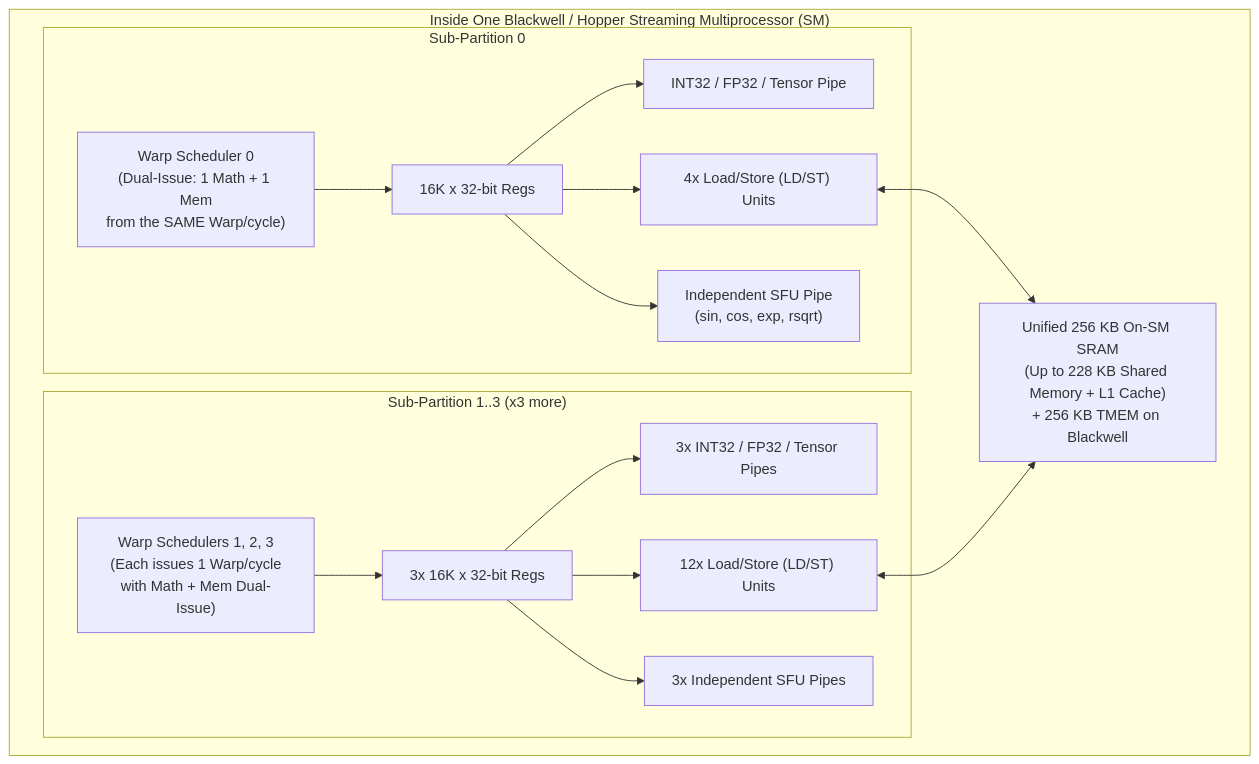
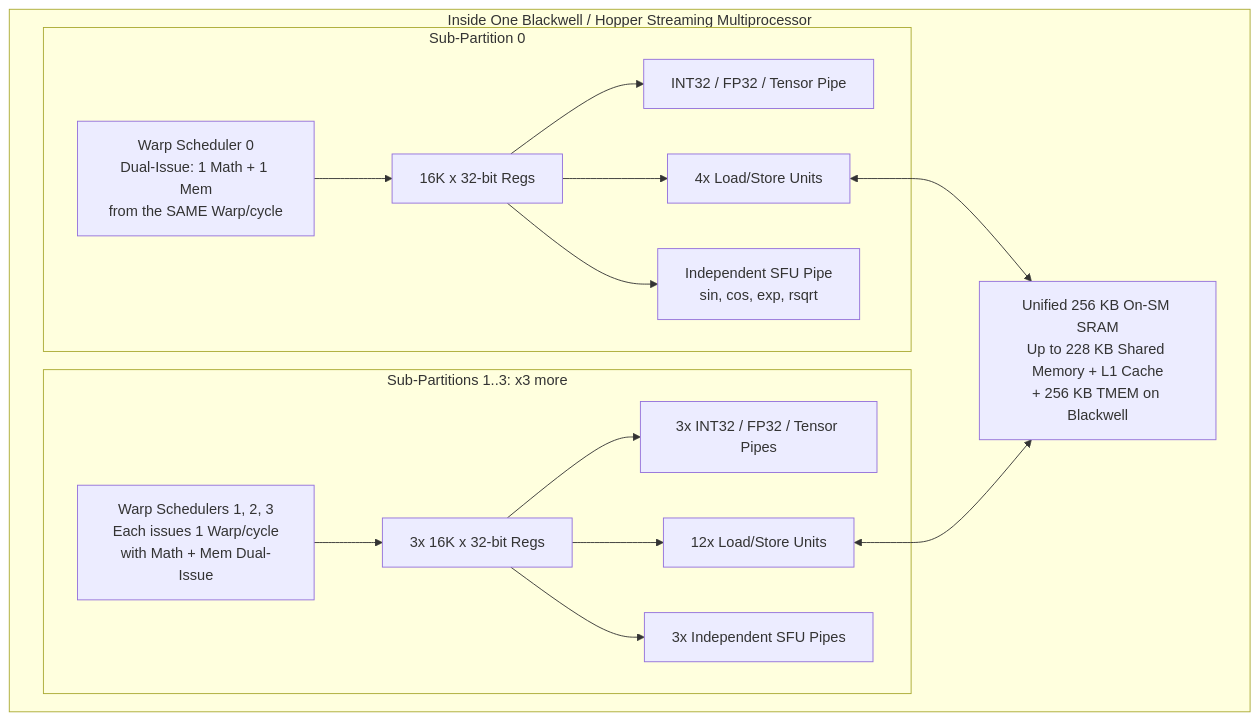
One commit to jithinpnjm/ai-infra-handbook changed the second of 5 diagrams in docs/part-10-gpu-cuda/02-the-execution-model-threads-warps-blocks-and-sms.md. Above: the diagram before and after it, drawn with Mermaid. The commit also changed other lines of this file and 503 other files, not shown here.

````diff
--- a/docs/part-10-gpu-cuda/02-the-execution-model-threads-warps-blocks-and-sms.md
+++ b/docs/part-10-gpu-cuda/02-the-execution-model-threads-warps-blocks-and-sms.md
@@ -90,21 +106,21 @@
 ```mermaid
 flowchart TB
-    subgraph SM["Inside One Blackwell / Hopper Streaming Multiprocessor (SM)"]
+    subgraph SM["Inside One Blackwell / Hopper Streaming Multiprocessor"]
         direction LR
         subgraph P0["Sub-Partition 0"]
-            WS0["Warp Scheduler 0<br/>(Dual-Issue: 1 Math + 1 Mem<br/>from the SAME Warp/cycle)"] --> Reg0["16K x 32-bit Regs"]
+            WS0["Warp Scheduler 0<br/>Dual-Issue: 1 Math + 1 Mem<br/>from the SAME Warp/cycle"] --> Reg0["16K x 32-bit Regs"]
             Reg0 --> Math0["INT32 / FP32 / Tensor Pipe"]
-            Reg0 --> LD0["4x Load/Store (LD/ST) Units"]
-            Reg0 --> SFU0["Independent SFU Pipe<br/>(sin, cos, exp, rsqrt)"]
+            Reg0 --> LD0["4x Load/Store Units"]
+            Reg0 --> SFU0["Independent SFU Pipe<br/>sin, cos, exp, rsqrt"]
         end
-        subgraph P1["Sub-Partition 1..3 (x3 more)"]
-            WS1["Warp Schedulers 1, 2, 3<br/>(Each issues 1 Warp/cycle<br/>with Math + Mem Dual-Issue)"] --> Reg1["3x 16K x 32-bit Regs"]
+        subgraph P1["Sub-Partitions 1..3: x3 more"]
+            WS1["Warp Schedulers 1, 2, 3<br/>Each issues 1 Warp/cycle<br/>with Math + Mem Dual-Issue"] --> Reg1["3x 16K x 32-bit Regs"]
             Reg1 --> Math1["3x INT32 / FP32 / Tensor Pipes"]
-            Reg1 --> LD1["12x Load/Store (LD/ST) Units"]
+            Reg1 --> LD1["12x Load/Store Units"]
             Reg1 --> SFU1["3x Independent SFU Pipes"]
         end
-        SRAM["Unified 256 KB On-SM SRAM<br/>(Up to 228 KB Shared Memory + L1 Cache)<br/>+ 256 KB TMEM on Blackwell"]
+        SRAM["Unified 256 KB On-SM SRAM<br/>Up to 228 KB Shared Memory + L1 Cache<br/>+ 256 KB TMEM on Blackwell"]
         LD0 <--> SRAM
         LD1 <--> SRAM
     end
 ```
````
